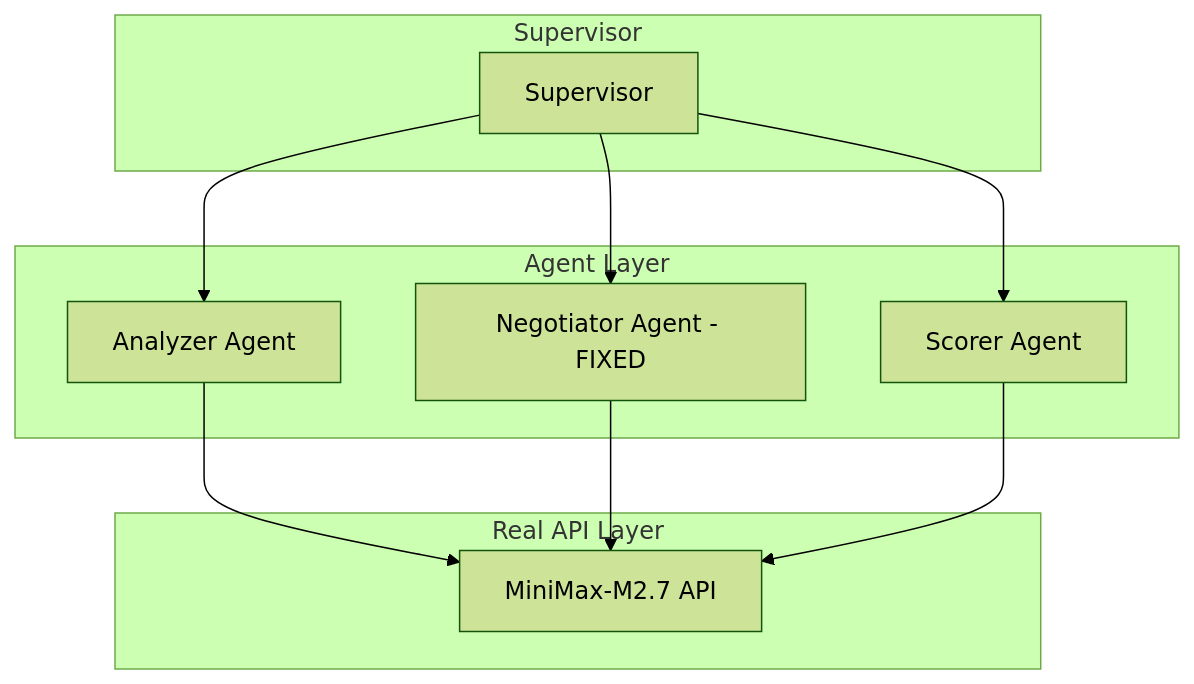
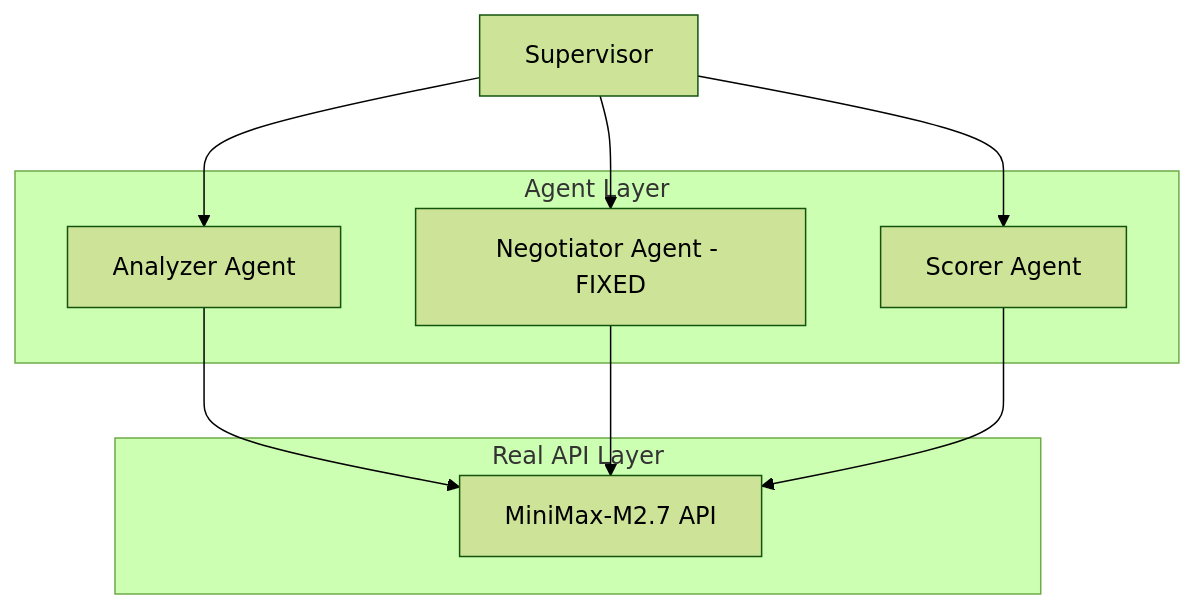
The diagram in README.md (xiangbianpangde/mas-evolution-test), drawn with Mermaid (forest theme) before and after one commit. The commit also changed other lines of this file, not shown here.

````diff
--- a/README.md
+++ b/README.md
@@ -46,20 +41,15 @@
 ```mermaid
 graph TB
     subgraph "Real API Layer"
         LLM[MiniMax-M2.7 API]
     end
-    
     subgraph "Agent Layer"
         A[Analyzer Agent]
         N[Negotiator Agent - FIXED]
         S[Scorer Agent]
     end
-    
-    subgraph "Supervisor"
-        SUP[Supervisor]
-    end
-    
+    SUP[Supervisor]
     SUP --> A --> LLM
     SUP --> N --> LLM
     SUP --> S --> LLM
 ```
````
